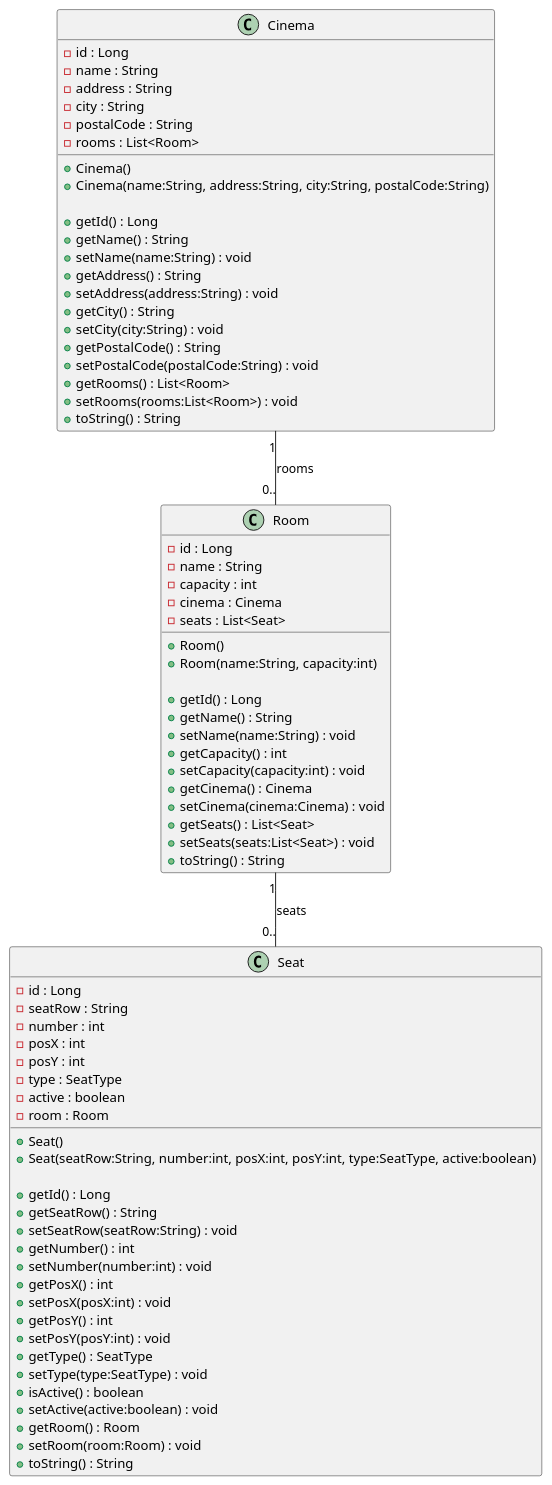
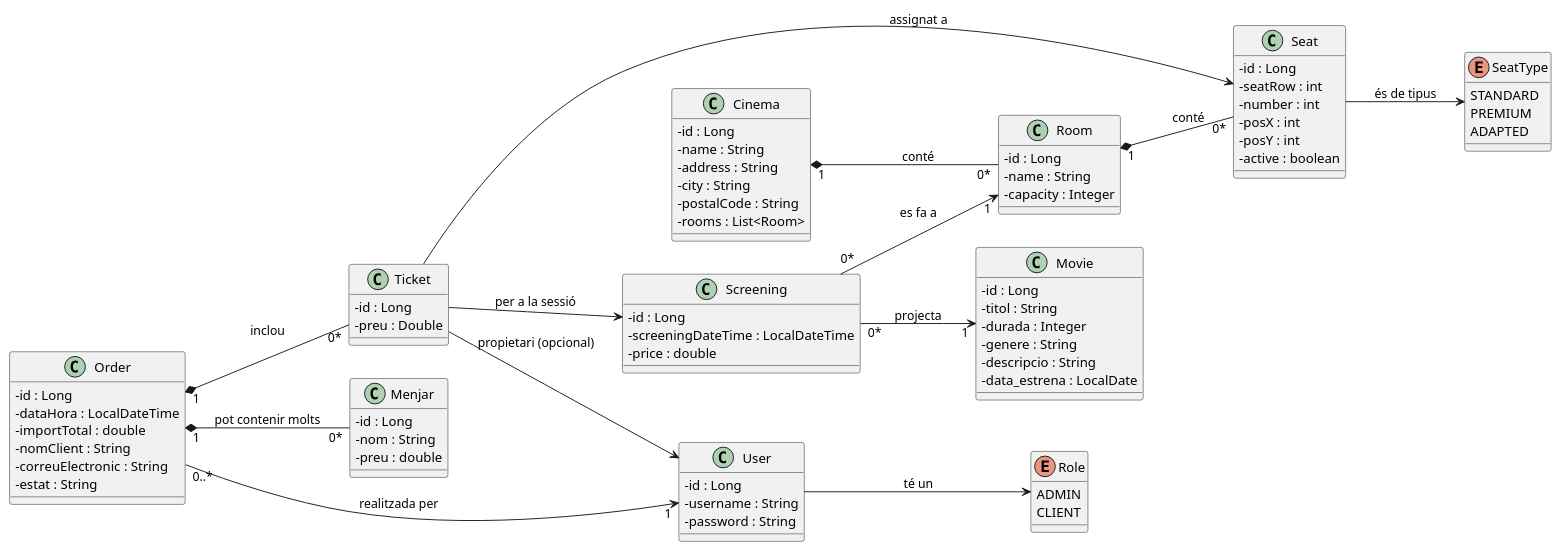
One commit to ins-vib/projecte-cinema-jopo738-web changed the diagram in UML/classes.puml. Above: the diagram before and after it, drawn with PlantUML. The commit also changed 41 other files, not shown here.

```diff
--- a/UML/classes.puml
+++ b/UML/classes.puml
@@ -1,84 +1,116 @@
 @startuml
+
+skinparam classAttributeIconSize 0
+left to right direction
+
+' --- ENTITATS DE L'ESPAI ---
 
 class Cinema {
     - id : Long
     - name : String
     - address : String
     - city : String
     - postalCode : String
     - rooms : List<Room>
-
-    + Cinema()
-    + Cinema(name:String, address:String, city:String, postalCode:String)
-
-    + getId() : Long
-    + getName() : String
-    + setName(name:String) : void
-    + getAddress() : String
-    + setAddress(address:String) : void
-    + getCity() : String
-    + setCity(city:String) : void
-    + getPostalCode() : String
-    + setPostalCode(postalCode:String) : void
-    + getRooms() : List<Room>
-    + setRooms(rooms:List<Room>) : void
-    + toString() : String
 }
 
 class Room {
     - id : Long
     - name : String
-    - capacity : int
-    - cinema : Cinema
-    - seats : List<Seat>
-
-    + Room()
-    + Room(name:String, capacity:int)
-
-    + getId() : Long
-    + getName() : String
-    + setName(name:String) : void
-    + getCapacity() : int
-    + setCapacity(capacity:int) : void
-    + getCinema() : Cinema
-    + setCinema(cinema:Cinema) : void
-    + getSeats() : List<Seat>
-    + setSeats(seats:List<Seat>) : void
-    + toString() : String
+    - capacity : Integer
 }
 
 class Seat {
     - id : Long
-    - seatRow : String
+    - seatRow : int
     - number : int
     - posX : int
     - posY : int
-    - type : SeatType
     - active : boolean
-    - room : Room
-
-    + Seat()
-    + Seat(seatRow:String, number:int, posX:int, posY:int, type:SeatType, active:boolean)
-
-    + getId() : Long
-    + getSeatRow() : String
-    + setSeatRow(seatRow:String) : void
-    + getNumber() : int
-    + setNumber(number:int) : void
-    + getPosX() : int
-    + setPosX(posX:int) : void
-    + getPosY() : int
-    + setPosY(posY:int) : void
-    + getType() : SeatType
-    + setType(type:SeatType) : void
-    + isActive() : boolean
-    + setActive(active:boolean) : void
-    + getRoom() : Room
-    + setRoom(room:Room) : void
-    + toString() : String
 }
 
-Cinema "1" -- "0.." Room : rooms
-Room "1" -- "0.." Seat : seats
+enum SeatType {
+    STANDARD
+    PREMIUM
+    ADAPTED
+}
+
+' --- ENTITATS DE PROGRAMACIÓ ---
+
+class Movie {
+    - id : Long
+    - titol : String
+    - durada : Integer
+    - genere : String
+    - descripcio : String
+    - data_estrena : LocalDate
+}
+
+class Screening {
+    - id : Long
+    - screeningDateTime : LocalDateTime
+    - price : double
+}
+
+' --- ENTITATS DE VENDA I DINERS ---
+
+class Order {
+    - id : Long
+    - dataHora : LocalDateTime
+    - importTotal : double
+    - nomClient : String
+    - correuElectronic : String
+    - estat : String
+}
+
+class Ticket {
+    - id : Long
+    - preu : Double
+}
+
+class Menjar {
+    - id : Long
+    - nom : String
+    - preu : double
+}
+
+' --- USUARIS I SEGURETAT ---
+
+class User {
+    - id : Long
+    - username : String
+    - password : String
+}
+
+enum Role {
+    ADMIN
+    CLIENT
+}
+
+
+
+' --- RELACIONS ---
+
+' Estructura física
+Cinema "1" *-- "0*" Room : conté
+Room "1" *-- "0*" Seat : conté
+Seat --> SeatType : és de tipus
+
+' Programació
+Screening "0*" --> "1" Movie : projecta
+Screening "0*" --> "1" Room : es fa a
+
+' Usuaris
+User --> Role : té un
+
+' Procés de Compra (Venda)
+Order "0..*" --> "1" User : realitzada per
+Order "1" *-- "0*" Ticket : inclou
+Order "1" *-- "0*" Menjar : pot contenir molts
+
+' Detall del Tiquet
+Ticket --> Screening : per a la sessió
+Ticket --> Seat : assignat a
+Ticket --> User : propietari (opcional)
 
 @enduml
```
